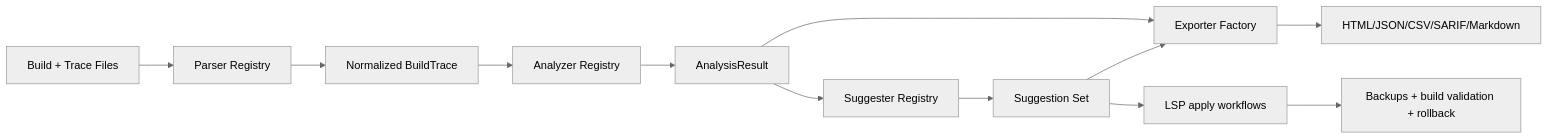
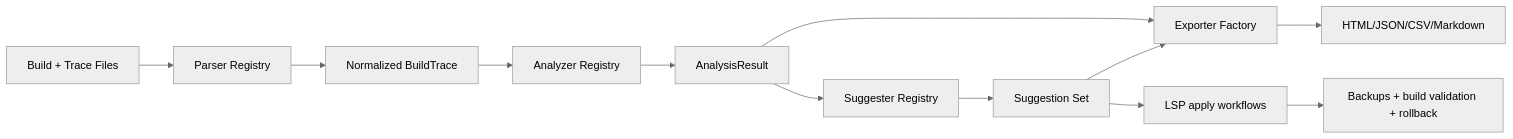
One commit to gregorian-09/build-hotspot-analyzer changed the first of 4 diagrams in docs/architecture.md. Above: the diagram before and after it, drawn with Mermaid (neutral theme). The commit also changed other lines of this file and 12 other files, not shown here.

````diff
--- a/docs/architecture.md
+++ b/docs/architecture.md
@@ -14,14 +14,14 @@
 ```mermaid
 flowchart LR
     A[Build + Trace Files] --> B[Parser Registry]
     B --> C[Normalized BuildTrace]
     C --> D[Analyzer Registry]
     D --> E[AnalysisResult]
     E --> F[Suggester Registry]
     F --> G[Suggestion Set]
     E --> H[Exporter Factory]
     G --> H
-    H --> I[HTML/JSON/CSV/SARIF/Markdown]
+    H --> I[HTML/JSON/CSV/Markdown]
     G --> J[LSP apply workflows]
     J --> K[Backups + build validation + rollback]
 ```
````
